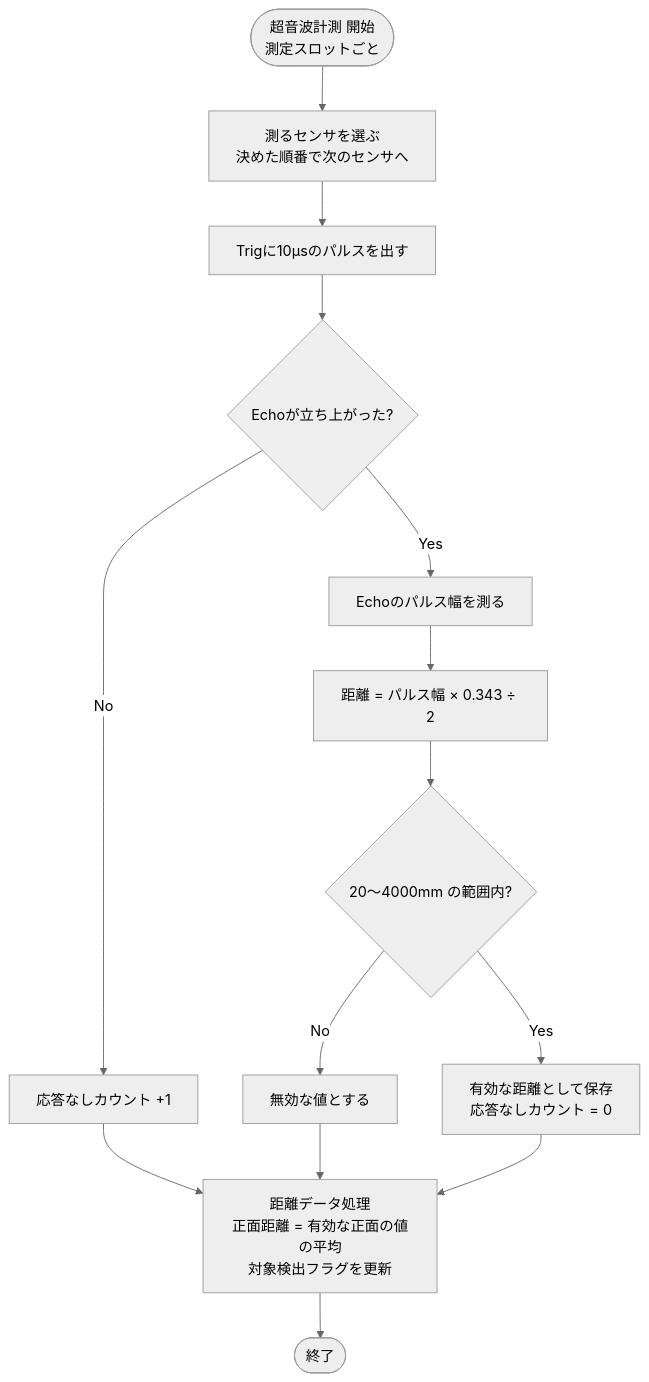
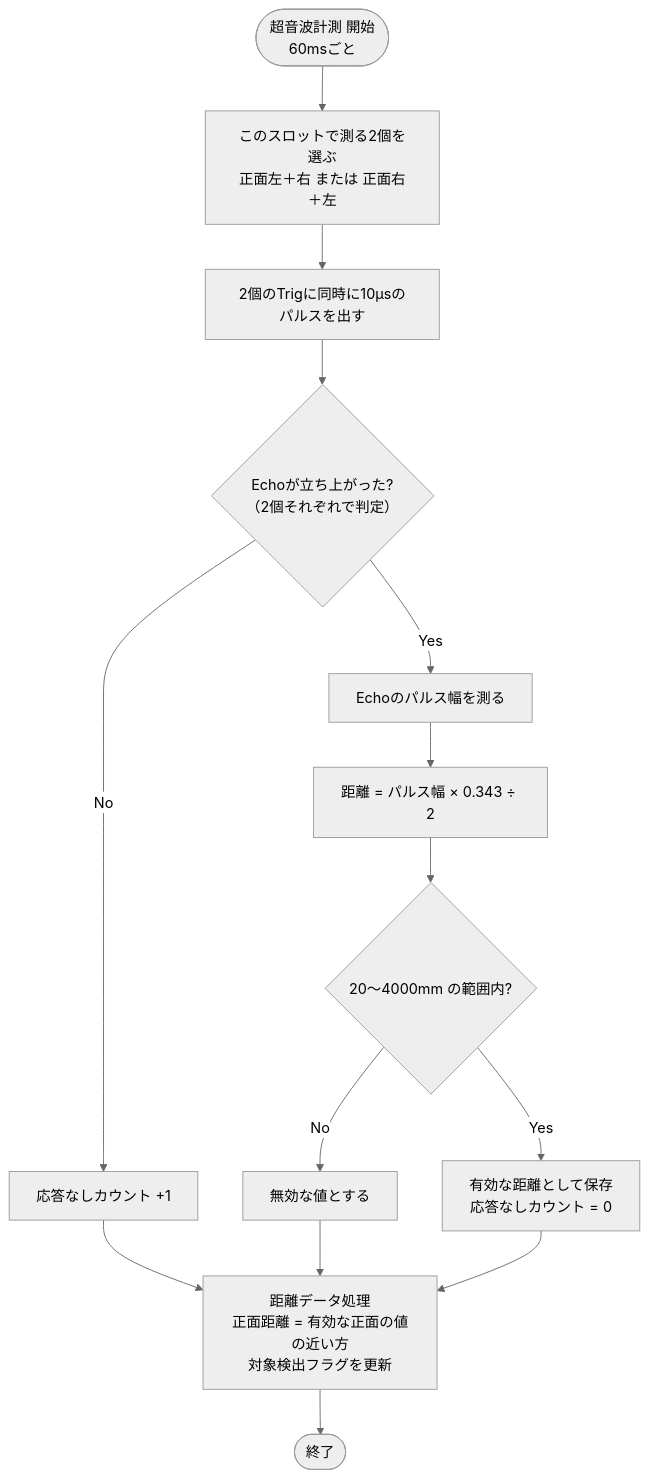
The diagram in docs/module/01_ultrasonic.md (ry0000taro/Ultrasonic-Tracking-Vehicle), drawn with Mermaid (neutral theme) before and after one commit. The commit also changed other lines of this file and 4 other files, not shown here.

````diff
--- a/docs/module/01_ultrasonic.md
+++ b/docs/module/01_ultrasonic.md
@@ -22,16 +42,16 @@
 ```mermaid
 flowchart TD
-    A(["超音波計測 開始<br>測定スロットごと"]) --> B["測るセンサを選ぶ<br>決めた順番で次のセンサへ"]
-    B --> C["Trigに10µsのパルスを出す"]
-    C --> D{"Echoが立ち上がった?"}
+    A(["超音波計測 開始<br>60msごと"]) --> B["このスロットで測る2個を選ぶ<br>正面左＋右 または 正面右＋左"]
+    B --> C["2個のTrigに同時に10µsのパルスを出す"]
+    C --> D{"Echoが立ち上がった?<br>（2個それぞれで判定）"}
     D -- "No" --> E["応答なしカウント +1"]
     D -- "Yes" --> F["Echoのパルス幅を測る"]
     F --> G["距離 = パルス幅 × 0.343 ÷ 2"]
     G --> H{"20〜4000mm の範囲内?"}
     H -- "No" --> I["無効な値とする"]
     H -- "Yes" --> J["有効な距離として保存<br>応答なしカウント = 0"]
-    E --> K["距離データ処理<br>正面距離 = 有効な正面の値の平均<br>対象検出フラグを更新"]
+    E --> K["距離データ処理<br>正面距離 = 有効な正面の値の近い方<br>対象検出フラグを更新"]
     I --> K
     J --> K
     K --> L(["終了"])
 ```
````
